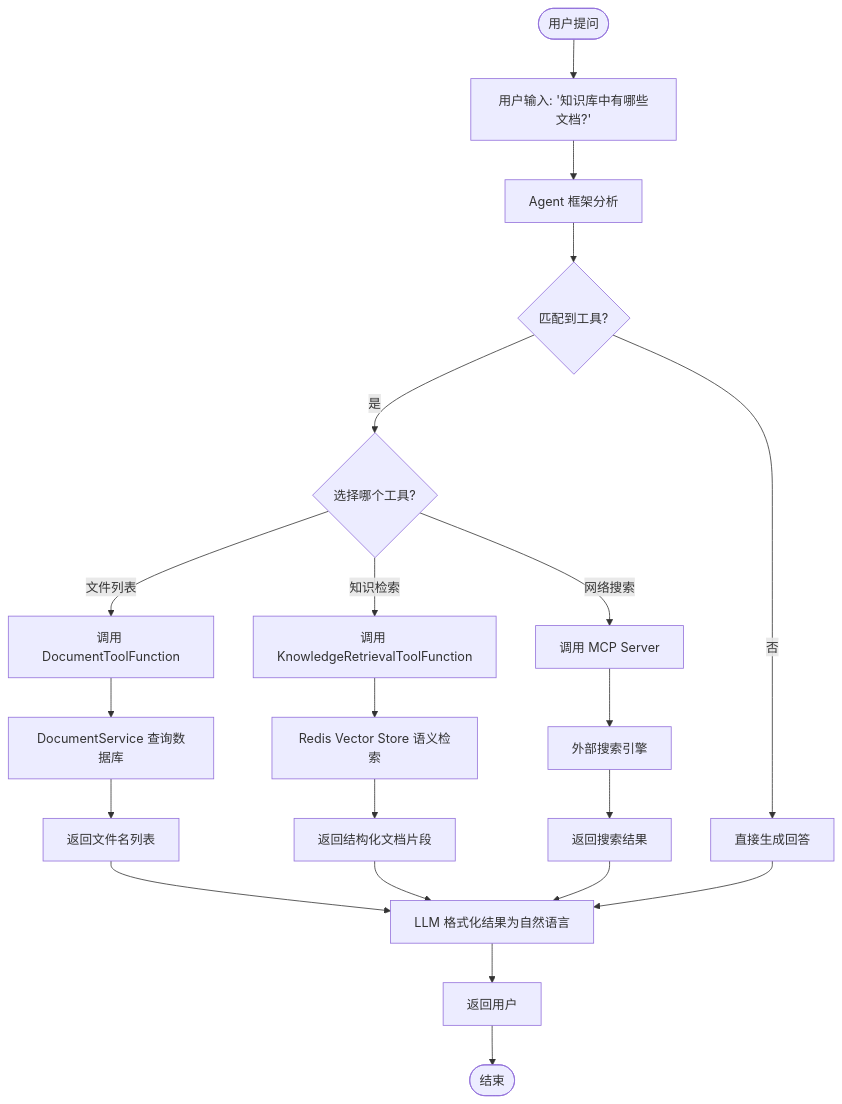
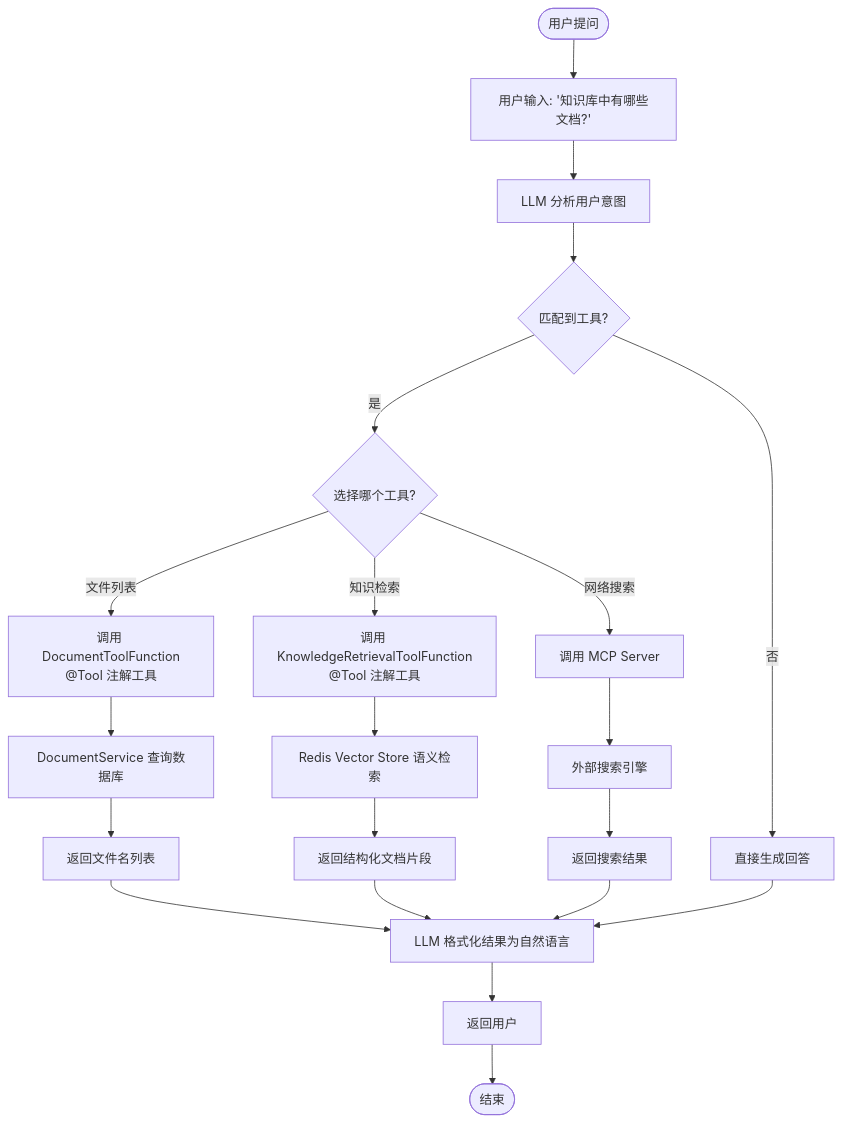
The fifth of 6 diagrams in md/architecture.md (Utomcat/spring-ai-rag-agent), drawn with Mermaid before and after one commit. The commit also changed other lines of this file and 16 other files, not shown here.

````diff
--- a/md/architecture.md
+++ b/md/architecture.md
@@ -271,23 +315,23 @@
 ```mermaid
 flowchart TD
     Start([用户提问]) --> Input[用户输入: '知识库中有哪些文档?']
-    Input --> Agent[Agent 框架分析]
-    Agent --> MatchTool{匹配到工具?}
+    Input --> LLMAnalyze[LLM 分析用户意图]
+    LLMAnalyze --> MatchTool{匹配到工具?}
     MatchTool -->|是| SelectTool{选择哪个工具?}
     MatchTool -->|否| DirectAnswer[直接生成回答]
-    SelectTool -->|文件列表| CallDocFunc[调用 DocumentToolFunction]
-    SelectTool -->|知识检索| CallRetrievalFunc[调用 KnowledgeRetrievalToolFunction]
+    SelectTool -->|文件列表| CallDocFunc[调用 DocumentToolFunction<br/>@Tool 注解工具]
+    SelectTool -->|知识检索| CallRetrievalFunc[调用 KnowledgeRetrievalToolFunction<br/>@Tool 注解工具]
     SelectTool -->|网络搜索| CallMcpServer[调用 MCP Server]
     CallDocFunc --> QueryDB[DocumentService 查询数据库]
     QueryDB --> ReturnList[返回文件名列表]
     CallRetrievalFunc --> VectorSearch[Redis Vector Store 语义检索]
     VectorSearch --> ReturnDocs[返回结构化文档片段]
     CallMcpServer --> ExternalSearch[外部搜索引擎]
     ExternalSearch --> ReturnResults[返回搜索结果]
     ReturnList --> LLMFormat[LLM 格式化结果为自然语言]
     ReturnDocs --> LLMFormat
     ReturnResults --> LLMFormat
     DirectAnswer --> LLMFormat
     LLMFormat --> Response[返回用户]
     Response --> End([结束])
 ```
````
